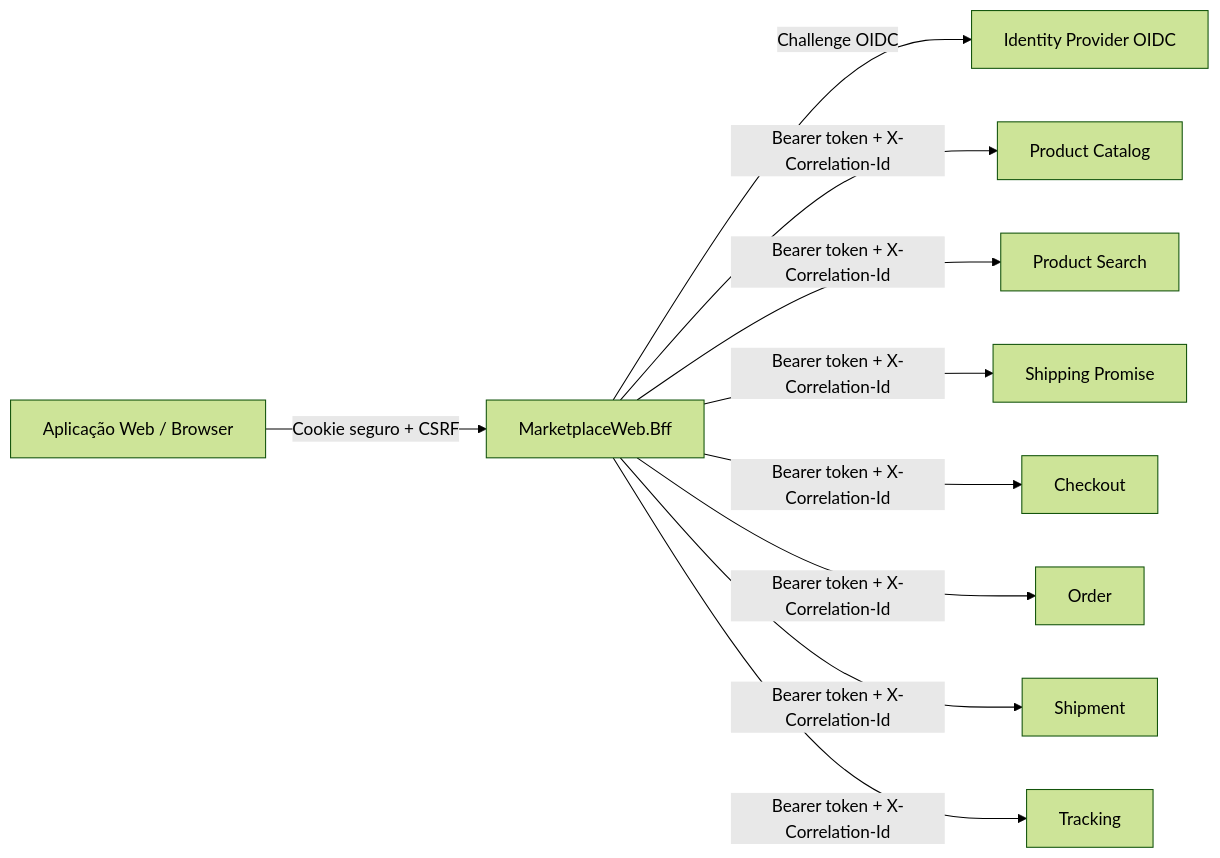
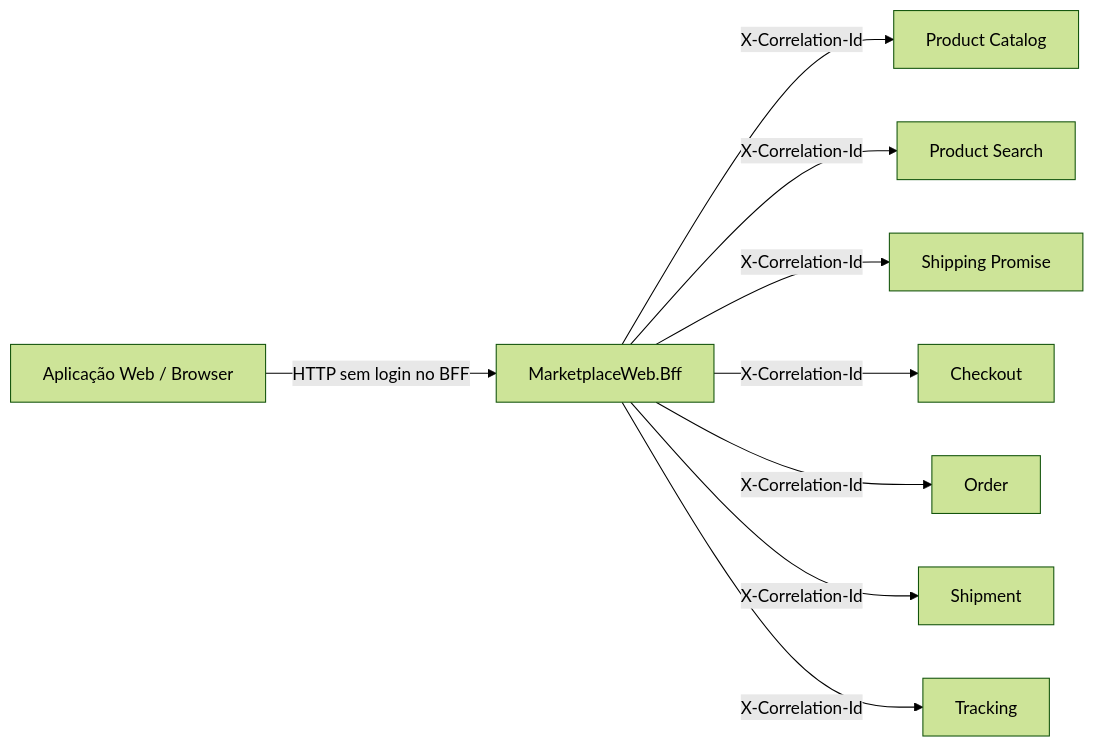
One commit to leandrosflora/MarketplaceWeb.Bff changed the diagram in README.md. Above: the diagram before and after it, drawn with Mermaid (forest theme). The commit also changed other lines of this file and 10 other files, not shown here.

````diff
--- a/README.md
+++ b/README.md
@@ -62,23 +61,21 @@
 ```mermaid
 flowchart LR
     Browser[Aplicação Web / Browser]
     BFF[MarketplaceWeb.Bff]
-    IdP[Identity Provider OIDC]
     Catalog[Product Catalog]
     Search[Product Search]
     Shipping[Shipping Promise]
     Checkout[Checkout]
     Orders[Order]
     Shipment[Shipment]
     Tracking[Tracking]
 
-    Browser -->|Cookie seguro + CSRF| BFF
-    BFF -->|Challenge OIDC| IdP
-    BFF -->|Bearer token + X-Correlation-Id| Catalog
-    BFF -->|Bearer token + X-Correlation-Id| Search
-    BFF -->|Bearer token + X-Correlation-Id| Shipping
-    BFF -->|Bearer token + X-Correlation-Id| Checkout
-    BFF -->|Bearer token + X-Correlation-Id| Orders
-    BFF -->|Bearer token + X-Correlation-Id| Shipment
-    BFF -->|Bearer token + X-Correlation-Id| Tracking
+    Browser -->|HTTP sem login no BFF| BFF
+    BFF -->|X-Correlation-Id| Catalog
+    BFF -->|X-Correlation-Id| Search
+    BFF -->|X-Correlation-Id| Shipping
+    BFF -->|X-Correlation-Id| Checkout
+    BFF -->|X-Correlation-Id| Orders
+    BFF -->|X-Correlation-Id| Shipment
+    BFF -->|X-Correlation-Id| Tracking
 ```
````
